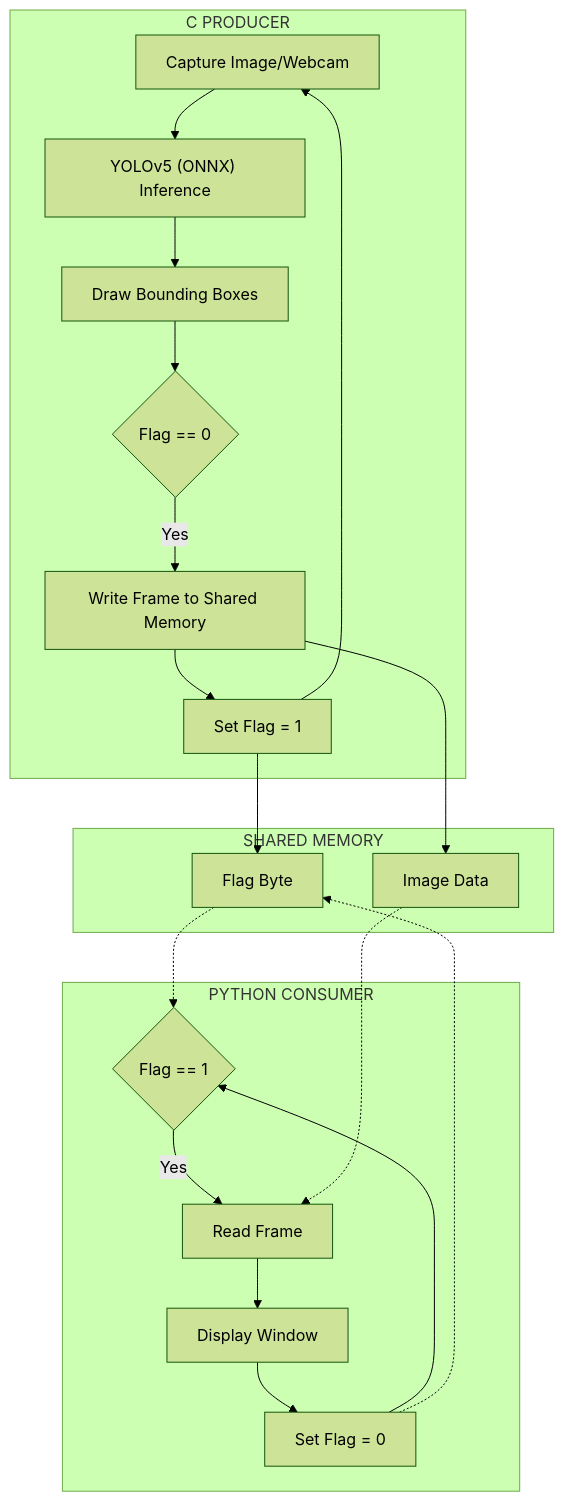
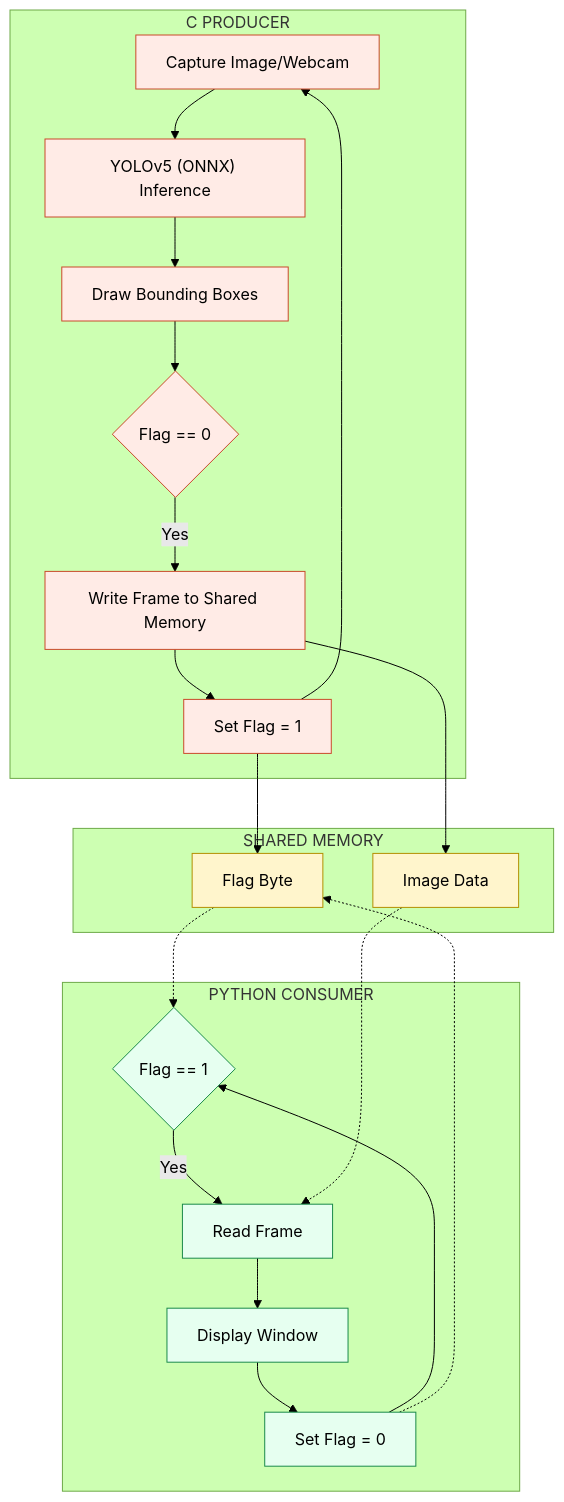
One commit to tashib11/IPC-embedding changed the diagram in README.md. Above: the diagram before and after it, drawn with Mermaid (forest theme).

Commit message:
up
Add color classes for producers, memory, and consumers in the diagram.

````diff
--- a/README.md
+++ b/README.md
@@ -33,29 +33,38 @@
 ```mermaid
 flowchart TD
     subgraph PRODUCER ["C PRODUCER"]
         P1["Capture Image/Webcam"] --> P2["YOLOv5 (ONNX) Inference"]
         P2 --> P3["Draw Bounding Boxes"]
         P3 --> P4{"Flag == 0"}
         P4 -->|Yes| P5["Write Frame to Shared Memory"]
         P5 --> P6["Set Flag = 1"]
         P6 --> P1
     end
 
     subgraph MEMORY ["SHARED MEMORY"]
         M1["Flag Byte"]
         M2["Image Data"]
     end
 
     subgraph CONSUMER ["PYTHON CONSUMER"]
         C1{"Flag == 1"} -->|Yes| C2["Read Frame"]
         C2 --> C3["Display Window"]
         C3 --> C4["Set Flag = 0"]
         C4 --> C1
     end
 
     P5 --> M2
     P6 --> M1
     M1 -.-> C1
     M2 -.-> C2
     C4 -.-> M1
+
+    %% color classes
+    classDef producer fill:#ffebe6,stroke:#c94a2a,stroke-width:1px;
+    classDef memory fill:#fff5cc,stroke:#b38f00,stroke-width:1px;
+    classDef consumer fill:#e6fff0,stroke:#1a8a4a,stroke-width:1px;
+
+    class P1,P2,P3,P4,P5,P6 producer;
+    class M1,M2 memory;
+    class C1,C2,C3,C4 consumer;
 ```
````
